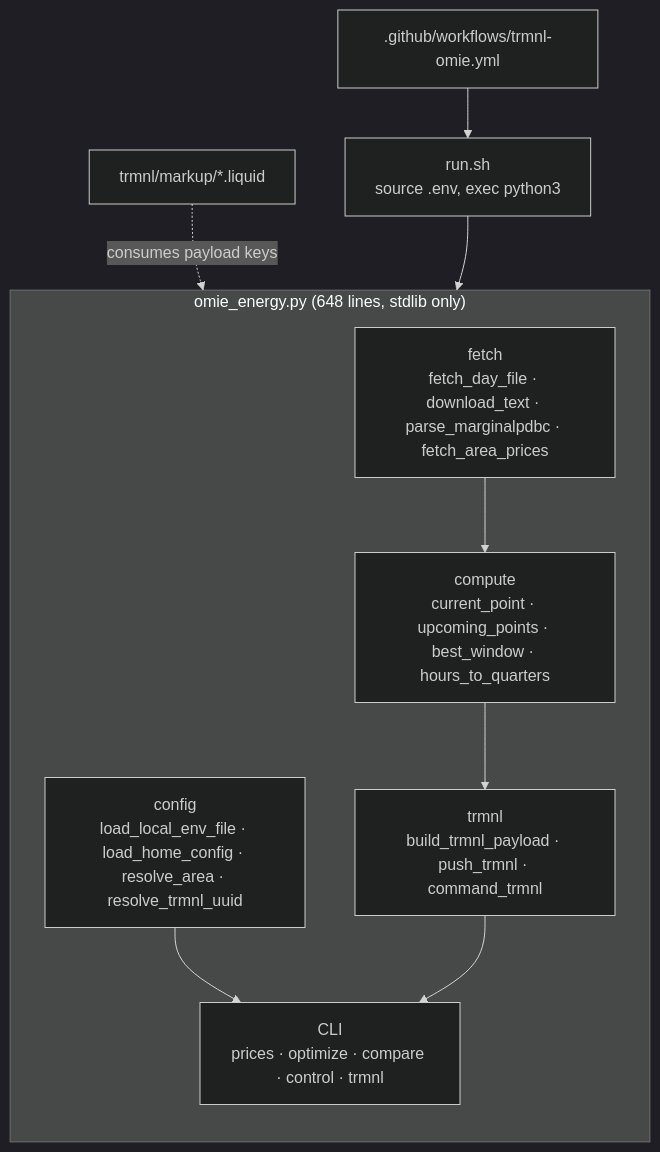
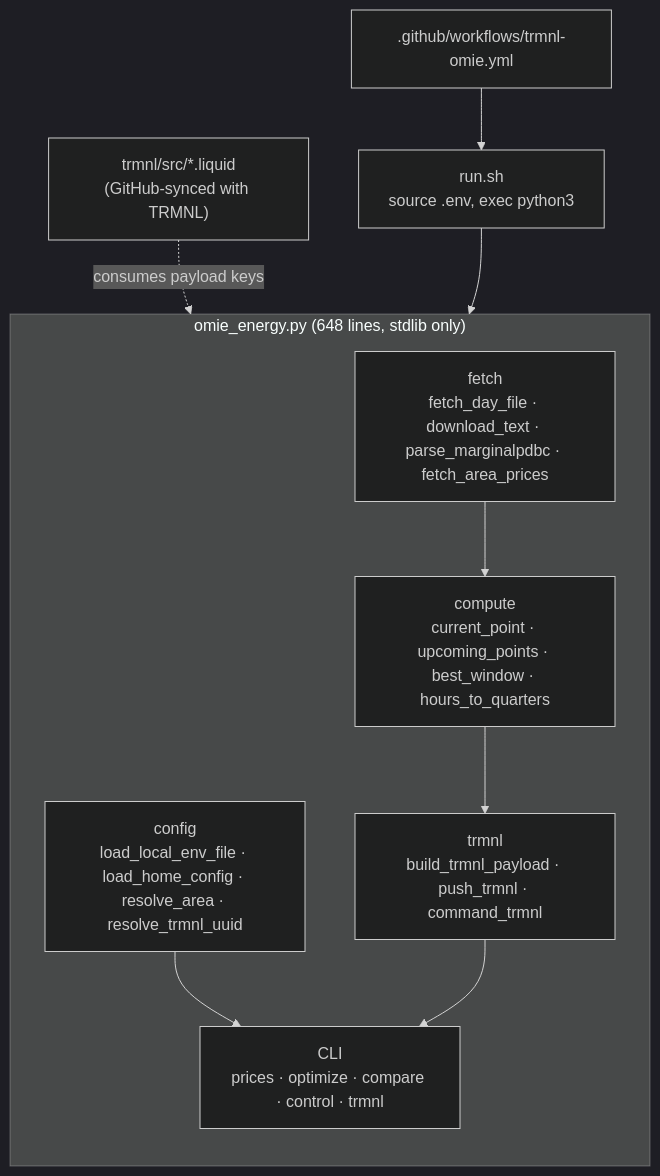
Before and after one commit to pmagnomuller/trmnl-omie: the fourth of 6 diagrams in README.md, drawn with Mermaid (dark theme). The commit also changed other lines of this file and 5 other files, not shown here.

First line of the commit message:
chore: consolidate markup into trmnl/src, describe plugin

````diff
--- a/README.md
+++ b/README.md
@@ -121,17 +121,17 @@
 ```mermaid
 flowchart TB
     subgraph script["omie_energy.py (648 lines, stdlib only)"]
         direction TB
         cfg["config<br/>load_local_env_file · load_home_config · resolve_area · resolve_trmnl_uuid"]
         fetch["fetch<br/>fetch_day_file · download_text · parse_marginalpdbc · fetch_area_prices"]
         calc["compute<br/>current_point · upcoming_points · best_window · hours_to_quarters"]
         payload["trmnl<br/>build_trmnl_payload · push_trmnl · command_trmnl"]
         cli["CLI<br/>prices · optimize · compare · control · trmnl"]
         cfg --> cli
         fetch --> calc --> payload --> cli
     end
 
     run["run.sh<br/>source .env, exec python3"] --> script
     wf[".github/workflows/trmnl-omie.yml"] --> run
-    liquid["trmnl/markup/*.liquid"] -. "consumes payload keys" .-> payload
+    liquid["trmnl/src/*.liquid<br/>(GitHub-synced with TRMNL)"] -. "consumes payload keys" .-> payload
 ```
````
